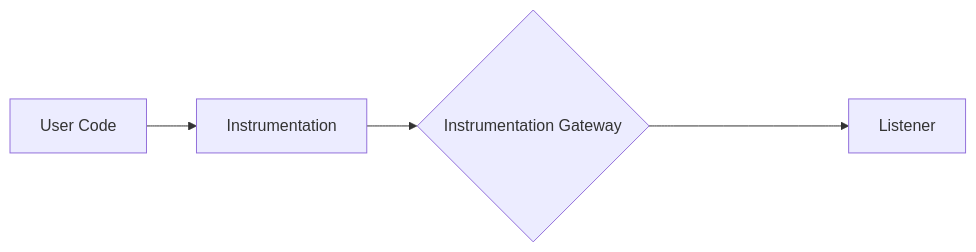
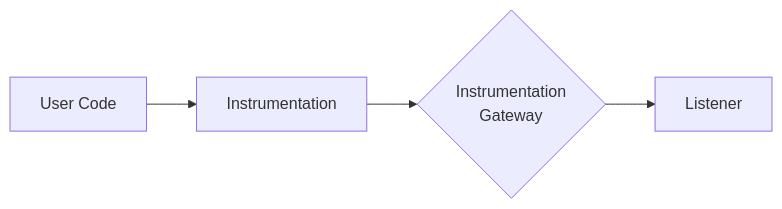
Before and after one commit to DataDog/dd-trace-go: the first of 4 diagrams in internal/appsec/README.md, drawn with Mermaid. The commit also changed other lines of this file, not shown here.

````diff
--- a/internal/appsec/README.md
+++ b/internal/appsec/README.md
@@ -19,5 +19,5 @@
 ```mermaid
 flowchart LR
 
-UserCode[User Code] --> Instrumentation --> IG{Instrumentation Gateway} -----> Listener
+UserCode[User Code] --> Instrumentation --> IG{Instrumentation<br> Gateway} --> Listener
 ```
````
